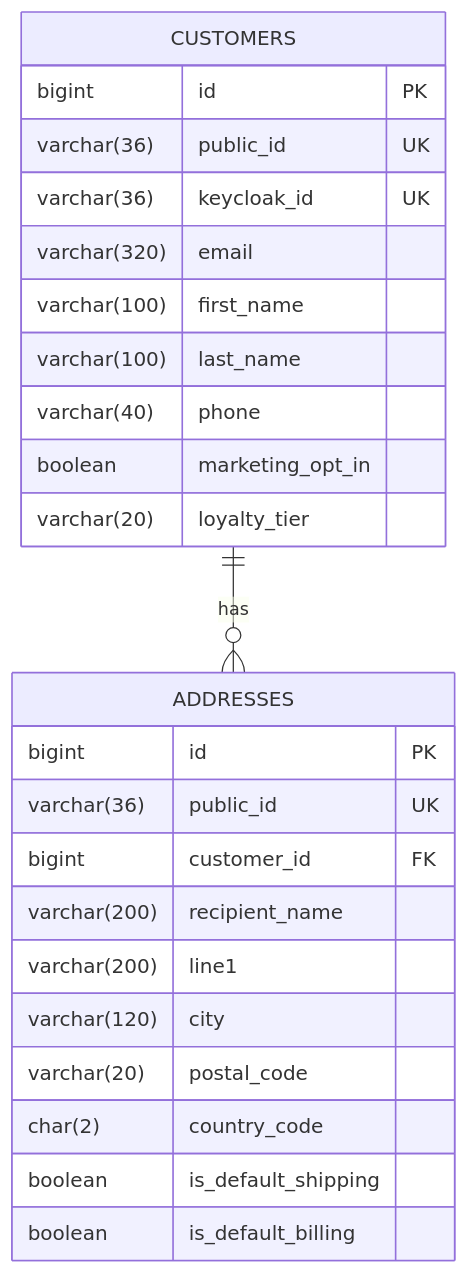
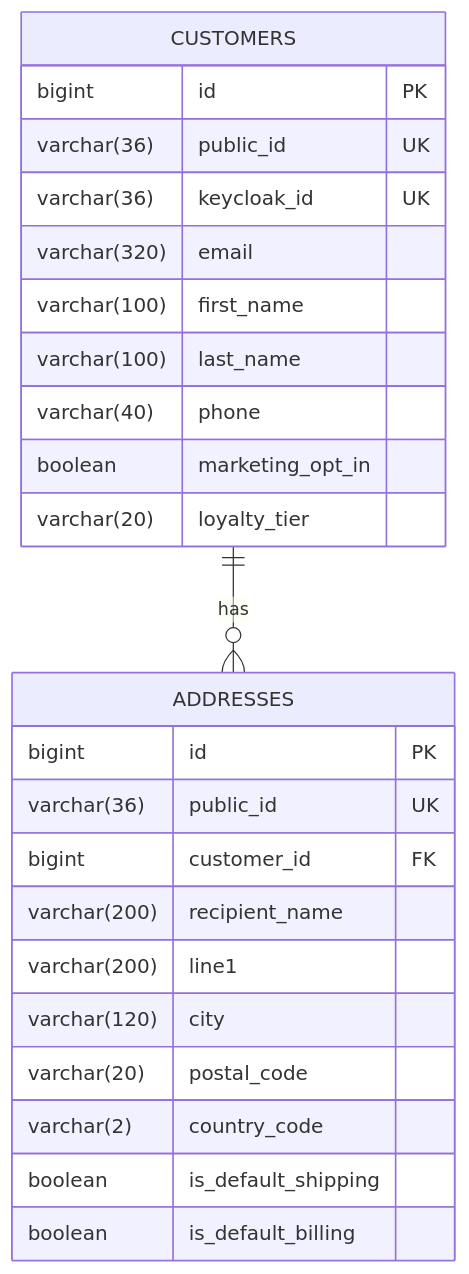
Before and after one commit to harrishdhaithya/e-commerce-microserv: the diagram in docs/services/customer-service.md, drawn with Mermaid. The commit also changed other lines of this file and 31 other files, not shown here.

````diff
--- a/docs/services/customer-service.md
+++ b/docs/services/customer-service.md
@@ -84,27 +86,27 @@
 ```mermaid
 erDiagram
     CUSTOMERS ||--o{ ADDRESSES : has
     CUSTOMERS {
         bigint id PK
         varchar(36) public_id UK
         varchar(36) keycloak_id UK
         varchar(320) email
         varchar(100) first_name
         varchar(100) last_name
         varchar(40) phone
         boolean marketing_opt_in
         varchar(20) loyalty_tier
     }
     ADDRESSES {
         bigint id PK
         varchar(36) public_id UK
         bigint customer_id FK
         varchar(200) recipient_name
         varchar(200) line1
         varchar(120) city
         varchar(20) postal_code
-        char(2) country_code
+        varchar(2) country_code
         boolean is_default_shipping
         boolean is_default_billing
     }
 ```
````
